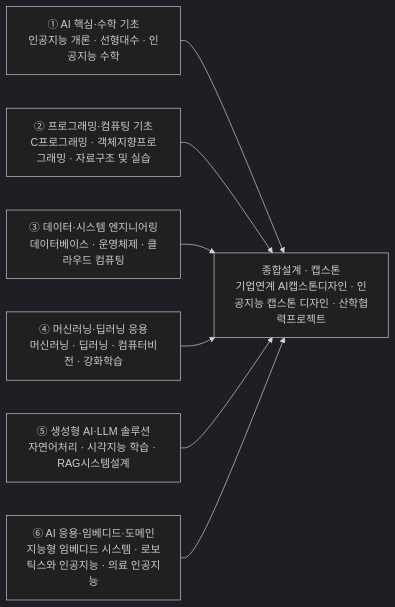
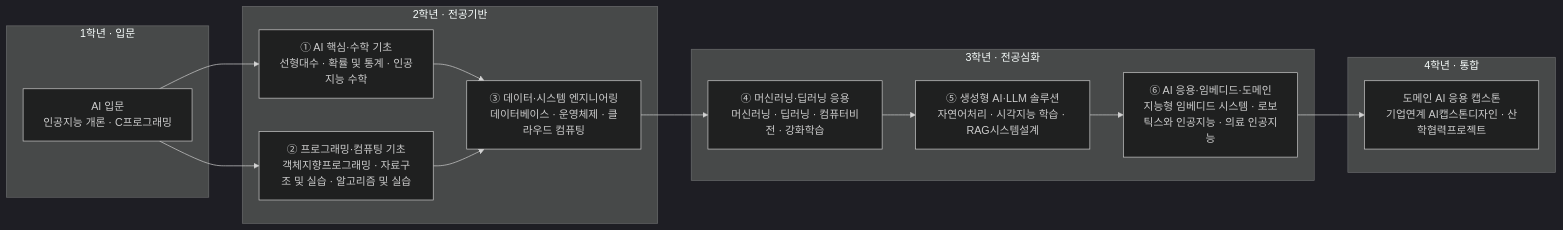
Before and after one commit to parclab-hsu/ai-curriculum-2026: the diagram in docs/ai/ai-application.md, drawn with Mermaid (dark theme). The commit also changed other lines of this file and 22 other files, not shown here.

First line of the commit message:
모듈 다이어그램 강화 — 1~4학년 로드맵 + 모듈-역량 매핑 (23개 트랙)

````diff
--- a/docs/ai/ai-application.md
+++ b/docs/ai/ai-application.md
@@ -161,10 +161,27 @@
 ```mermaid
 flowchart LR
-  M1["① AI 핵심·수학 기초<br/>인공지능 개론 · 선형대수 · 인공지능 수학"] --> CAP
-  M2["② 프로그래밍·컴퓨팅 기초<br/>C프로그래밍 · 객체지향프로그래밍 · 자료구조 및 실습"] --> CAP
-  M3["③ 데이터·시스템 엔지니어링<br/>데이터베이스 · 운영체제 · 클라우드 컴퓨팅"] --> CAP
-  M4["④ 머신러닝·딥러닝 응용<br/>머신러닝 · 딥러닝 · 컴퓨터비전 · 강화학습"] --> CAP
-  M5["⑤ 생성형 AI·LLM 솔루션<br/>자연어처리 · 시각지능 학습 · RAG시스템설계"] --> CAP
-  M6["⑥ AI 응용·임베디드·도메인<br/>지능형 임베디드 시스템 · 로보틱스와 인공지능 · 의료 인공지능"] --> CAP
-  CAP["종합설계 · 캡스톤<br/>기업연계 AI캡스톤디자인 · 인공지능 캡스톤 디자인 · 산학협력프로젝트"]
+  subgraph Y1["1학년 · 입문"]
+    A0["AI 입문<br/>인공지능 개론 · C프로그래밍"]
+  end
+  subgraph Y2["2학년 · 전공기반"]
+    M1["① AI 핵심·수학 기초<br/>선형대수 · 확률 및 통계 · 인공지능 수학"]
+    M2["② 프로그래밍·컴퓨팅 기초<br/>객체지향프로그래밍 · 자료구조 및 실습 · 알고리즘 및 실습"]
+    M3["③ 데이터·시스템 엔지니어링<br/>데이터베이스 · 운영체제 · 클라우드 컴퓨팅"]
+  end
+  subgraph Y3["3학년 · 전공심화"]
+    M4["④ 머신러닝·딥러닝 응용<br/>머신러닝 · 딥러닝 · 컴퓨터비전 · 강화학습"]
+    M5["⑤ 생성형 AI·LLM 솔루션<br/>자연어처리 · 시각지능 학습 · RAG시스템설계"]
+    M6["⑥ AI 응용·임베디드·도메인<br/>지능형 임베디드 시스템 · 로보틱스와 인공지능 · 의료 인공지능"]
+  end
+  subgraph Y4["4학년 · 통합"]
+    CAP["도메인 AI 응용 캡스톤<br/>기업연계 AI캡스톤디자인 · 산학협력프로젝트"]
+  end
+  A0 --> M1
+  A0 --> M2
+  M1 --> M3
+  M2 --> M3
+  M3 --> M4
+  M4 --> M5
+  M5 --> M6
+  M6 --> CAP
 ```
````
